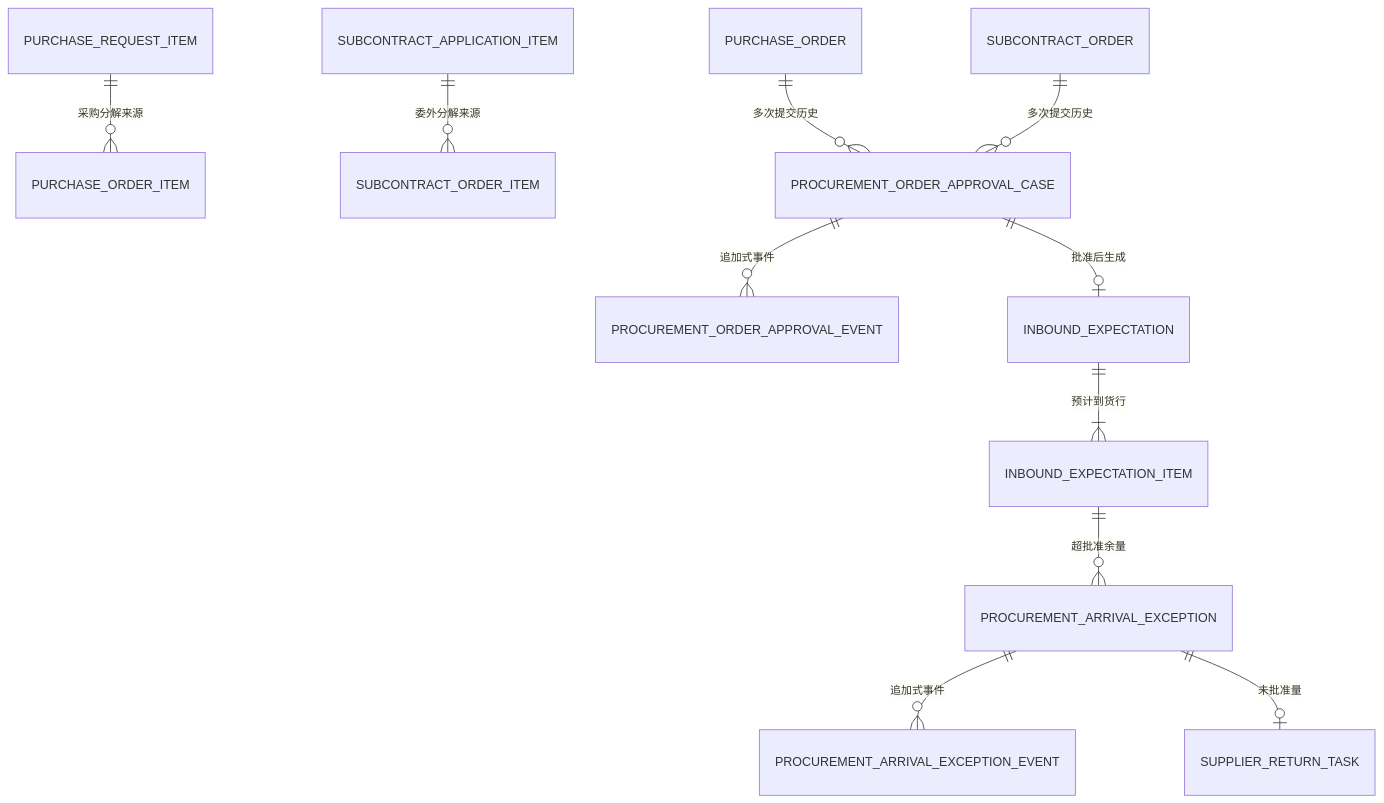
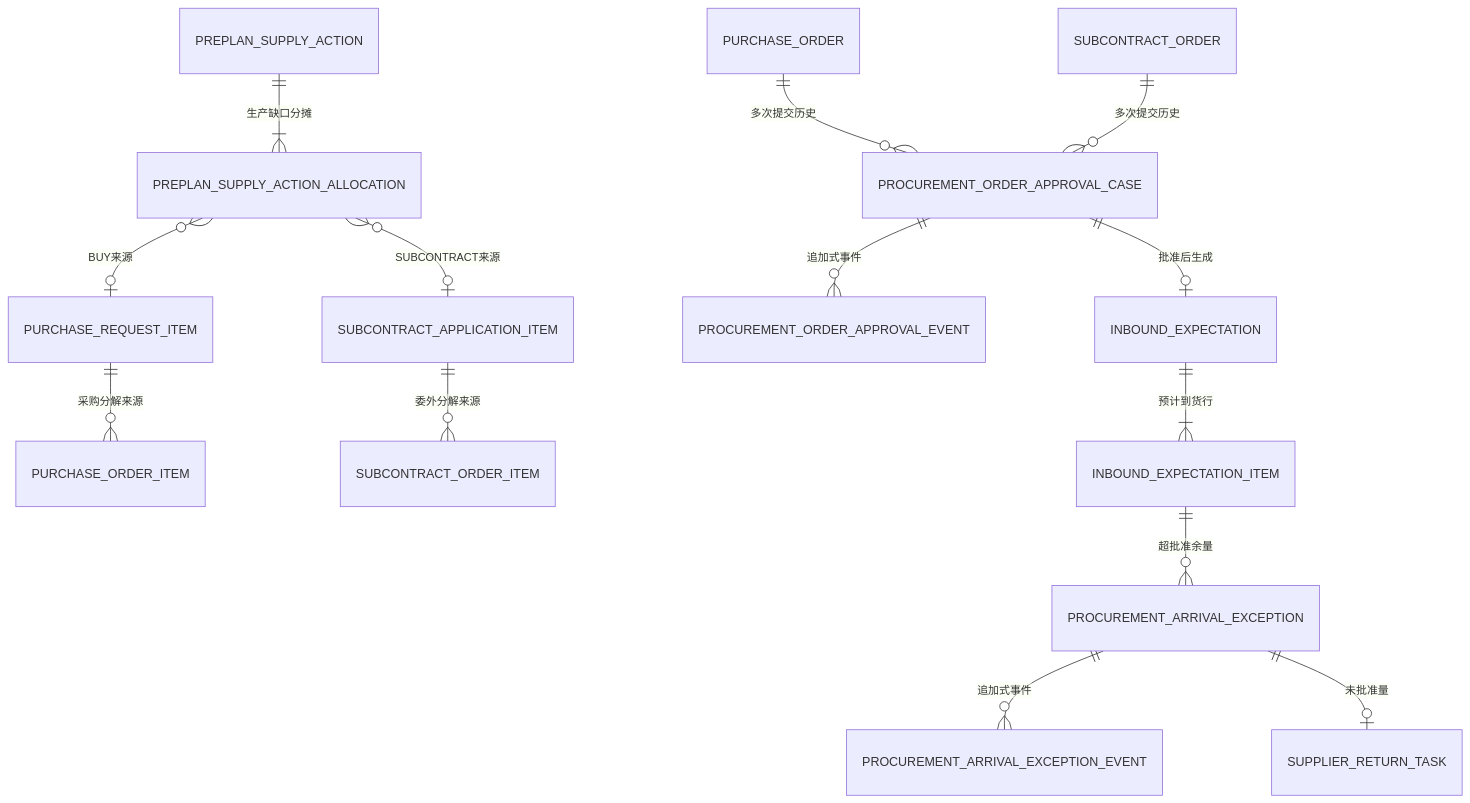
One commit to BruceChu0424/utenelec_imp changed the second of 16 diagrams in docs/04-数据模型/ER草图.md. Above: the diagram before and after it, drawn with Mermaid. The commit also changed other lines of this file and 506 other files, not shown here.

````diff
--- a/docs/04-数据模型/ER草图.md
+++ b/docs/04-数据模型/ER草图.md
@@ -27,13 +27,16 @@
 ```mermaid
 erDiagram
     PURCHASE_REQUEST_ITEM ||--o{ PURCHASE_ORDER_ITEM : "采购分解来源"
     SUBCONTRACT_APPLICATION_ITEM ||--o{ SUBCONTRACT_ORDER_ITEM : "委外分解来源"
+    PREPLAN_SUPPLY_ACTION ||--|{ PREPLAN_SUPPLY_ACTION_ALLOCATION : "生产缺口分摊"
+    PREPLAN_SUPPLY_ACTION_ALLOCATION }o--o| PURCHASE_REQUEST_ITEM : "BUY来源"
+    PREPLAN_SUPPLY_ACTION_ALLOCATION }o--o| SUBCONTRACT_APPLICATION_ITEM : "SUBCONTRACT来源"
     PURCHASE_ORDER ||--o{ PROCUREMENT_ORDER_APPROVAL_CASE : "多次提交历史"
     SUBCONTRACT_ORDER ||--o{ PROCUREMENT_ORDER_APPROVAL_CASE : "多次提交历史"
     PROCUREMENT_ORDER_APPROVAL_CASE ||--o{ PROCUREMENT_ORDER_APPROVAL_EVENT : "追加式事件"
     PROCUREMENT_ORDER_APPROVAL_CASE ||--o| INBOUND_EXPECTATION : "批准后生成"
     INBOUND_EXPECTATION ||--|{ INBOUND_EXPECTATION_ITEM : "预计到货行"
     INBOUND_EXPECTATION_ITEM ||--o{ PROCUREMENT_ARRIVAL_EXCEPTION : "超批准余量"
     PROCUREMENT_ARRIVAL_EXCEPTION ||--o{ PROCUREMENT_ARRIVAL_EXCEPTION_EVENT : "追加式事件"
     PROCUREMENT_ARRIVAL_EXCEPTION ||--o| SUPPLIER_RETURN_TASK : "未批准量"
 ```
````
